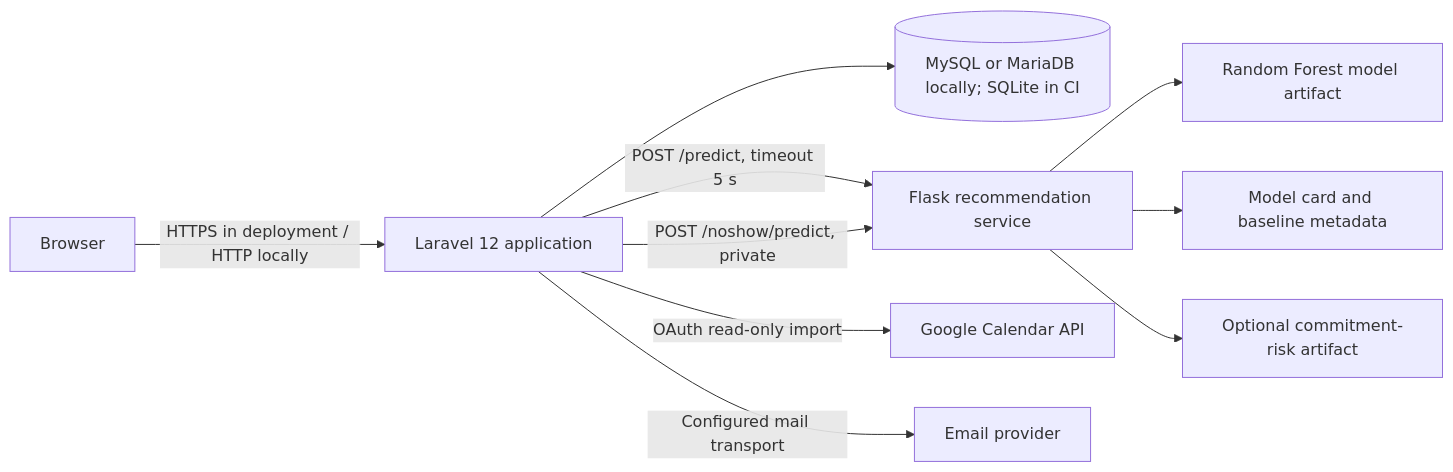
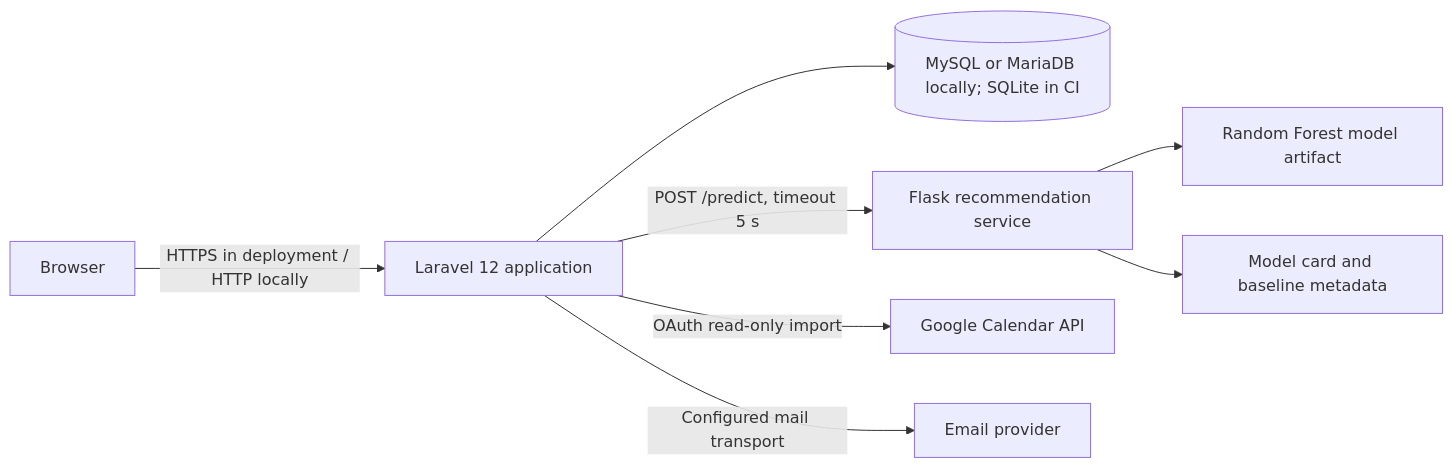
One commit to BrightSeya/wasaalifestyle changed the diagram in docs/system-architecture.md. Above: the diagram before and after it, drawn with Mermaid. The commit also changed other lines of this file and 58 other files, not shown here.

````diff
--- a/docs/system-architecture.md
+++ b/docs/system-architecture.md
@@ -7,12 +7,10 @@
 ```mermaid
 flowchart LR
     U[Browser] -->|HTTPS in deployment / HTTP locally| L[Laravel 12 application]
     L --> DB[(MySQL or MariaDB locally; SQLite in CI)]
     L -->|POST /predict, timeout 5 s| F[Flask recommendation service]
     F --> M[Random Forest model artifact]
     F --> C[Model card and baseline metadata]
-    L -->|POST /noshow/predict, private| F
-    F --> R[Optional commitment-risk artifact]
     L -->|OAuth read-only import| G[Google Calendar API]
     L -->|Configured mail transport| E[Email provider]
 ```
````
